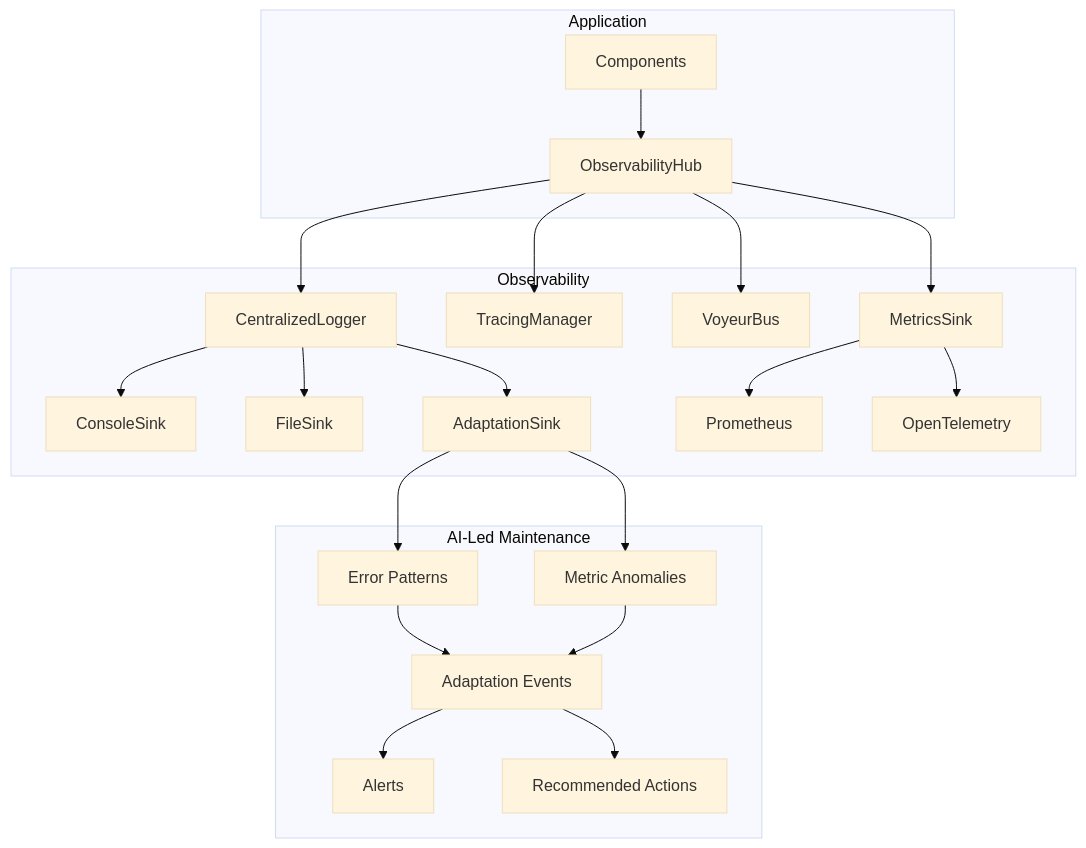
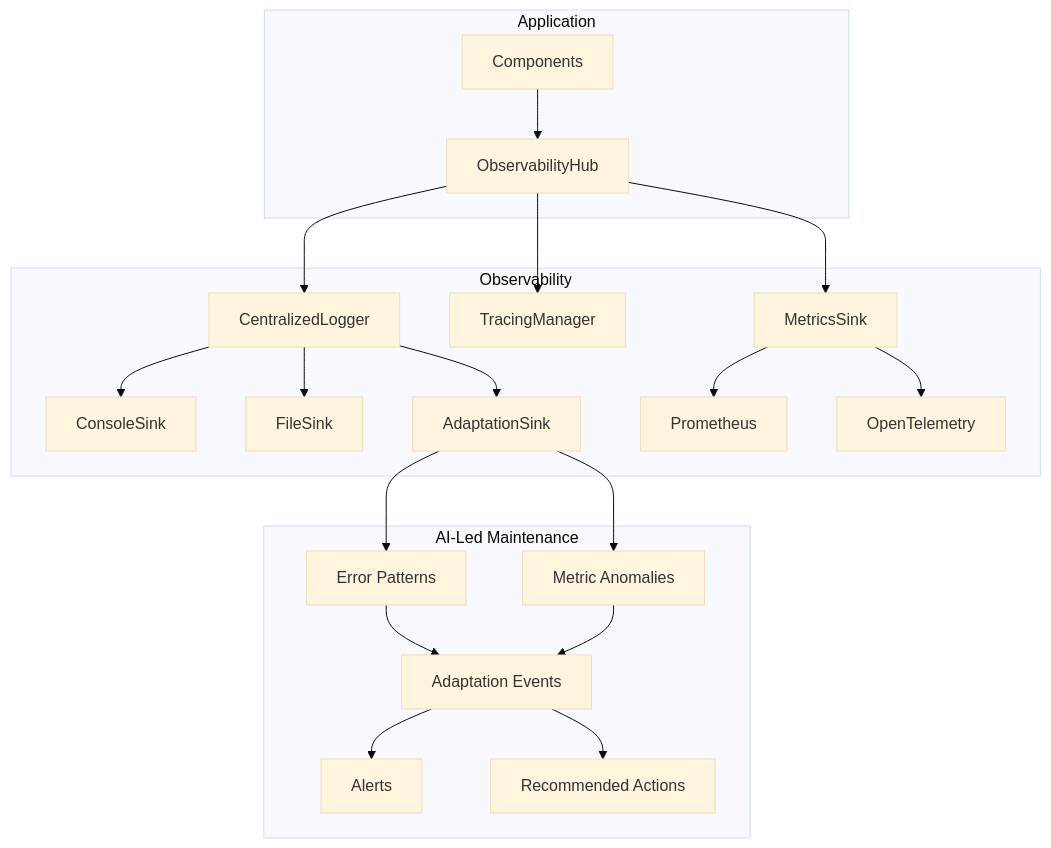
The diagram in src/observability/README.md (Replicant-Partners/Chrysalis), drawn with Mermaid (base theme) before and after one commit. The commit also changed other lines of this file and 19 other files, not shown here.

````diff
--- a/src/observability/README.md
+++ b/src/observability/README.md
@@ -7,29 +7,28 @@
 ```mermaid
 flowchart TB
     subgraph Application
         A[Components] --> B[ObservabilityHub]
     end
     
     subgraph Observability
         B --> C[CentralizedLogger]
         B --> D[TracingManager]
-        B --> E[VoyeurBus]
         B --> F[MetricsSink]
         
         C --> G[ConsoleSink]
         C --> H[FileSink]
         C --> I[AdaptationSink]
         
         F --> J[Prometheus]
         F --> K[OpenTelemetry]
     end
     
     subgraph AI-Led Maintenance
         I --> L[Error Patterns]
         I --> M[Metric Anomalies]
         L --> N[Adaptation Events]
         M --> N
         N --> O[Alerts]
         N --> P[Recommended Actions]
     end
 ```
````
